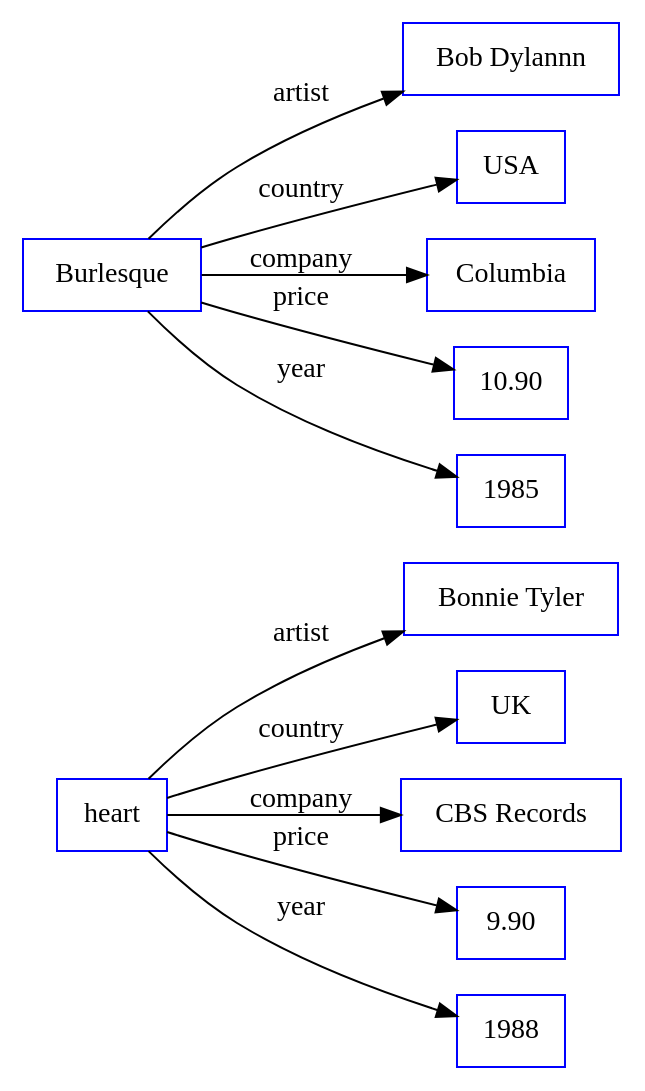
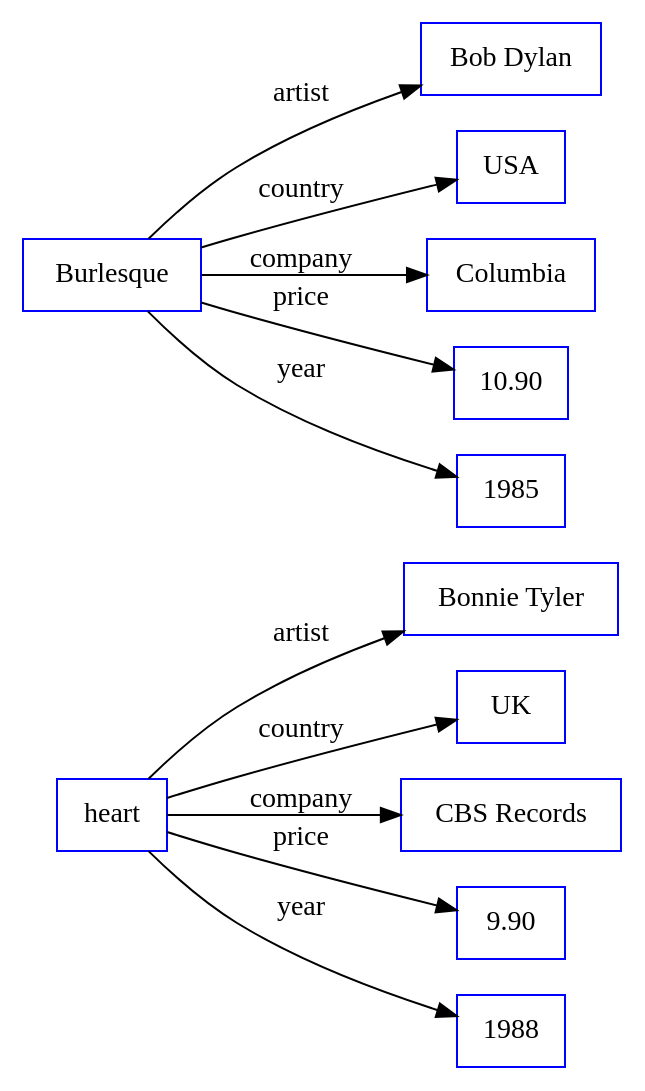
Before and after one commit to ahmad88me/target: the diagram in drawings/ar2dtool-taxonomy.conf/org/sample.rdf.png.dot, drawn with Graphviz. The commit also changed 5 other files, not shown here.

```diff
--- a/drawings/ar2dtool-taxonomy.conf/org/sample.rdf.png.dot
+++ b/drawings/ar2dtool-taxonomy.conf/org/sample.rdf.png.dot
@@ -1,16 +1,16 @@
 digraph ar2dtool_diagram { 
 rankdir=LR;
 size="1000"
-node [shape = rectangle, color="blue"]; "Bonnie Tyler" "UK" "CBS Records" "9.90" "1988" "Bob Dylannn" "USA" "Columbia" "10.90" "1985" ; /*literals style*/
+node [shape = rectangle, color="blue"]; "Bonnie Tyler" "UK" "CBS Records" "9.90" "1988" "Bob Dylan" "USA" "Columbia" "10.90" "1985" ; /*literals style*/
 	"heart" -> "Bonnie Tyler" [ label = "artist" ];
 	"heart" -> "UK" [ label = "country" ];
 	"heart" -> "CBS Records" [ label = "company" ];
 	"heart" -> "9.90" [ label = "price" ];
 	"heart" -> "1988" [ label = "year" ];
-	"Burlesque" -> "Bob Dylannn" [ label = "artist" ];
+	"Burlesque" -> "Bob Dylan" [ label = "artist" ];
 	"Burlesque" -> "USA" [ label = "country" ];
 	"Burlesque" -> "Columbia" [ label = "company" ];
 	"Burlesque" -> "10.90" [ label = "price" ];
 	"Burlesque" -> "1985" [ label = "year" ];
 
 }
```
